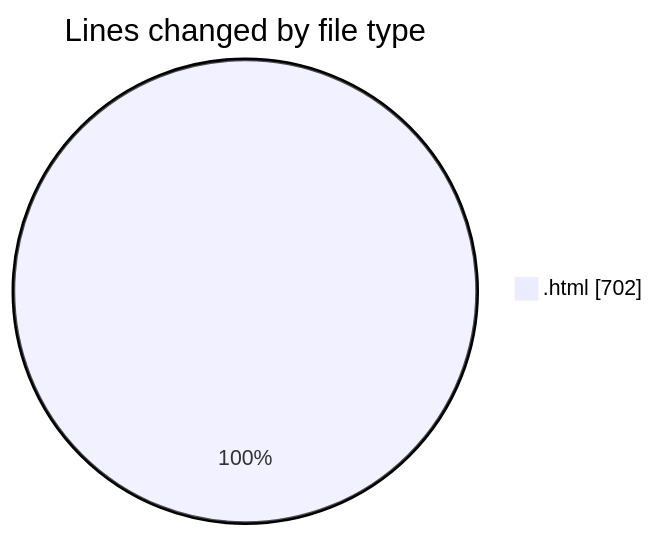
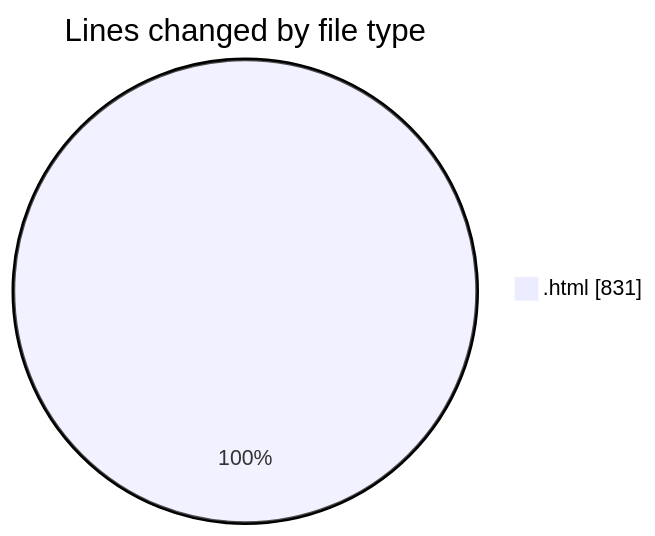
The first of 2 diagrams in 2025-01-28/0starter_files/README.md (Ritupan-Deka/code-tracking), drawn with Mermaid before and after one commit. The commit also changed other lines of this file and 1 other file, not shown here.

````diff
--- a/2025-01-28/0starter_files/README.md
+++ b/2025-01-28/0starter_files/README.md
@@ -20,5 +20,5 @@
 ```mermaid
 pie showData
 title Lines changed by file type
-".html" : 702
+".html" : 831
 ```
````
